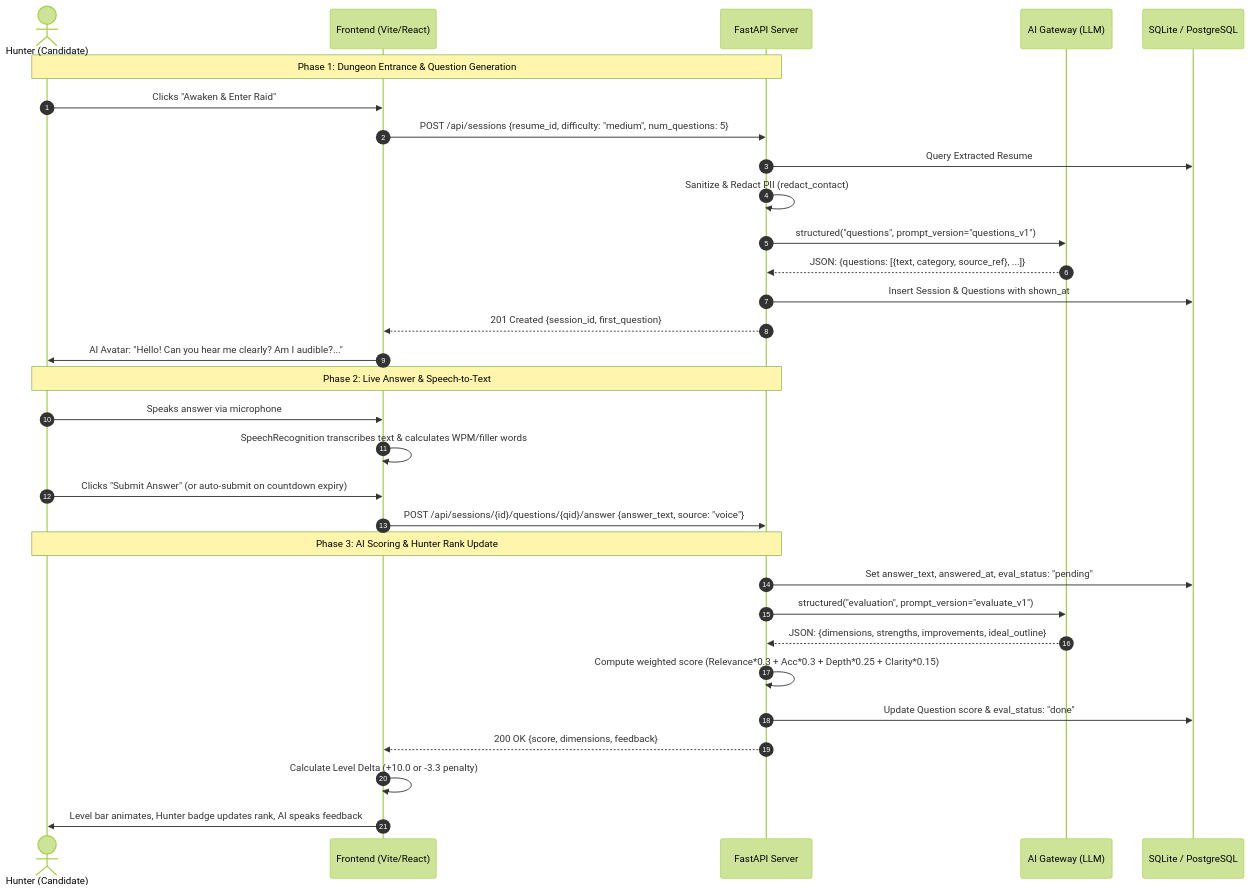
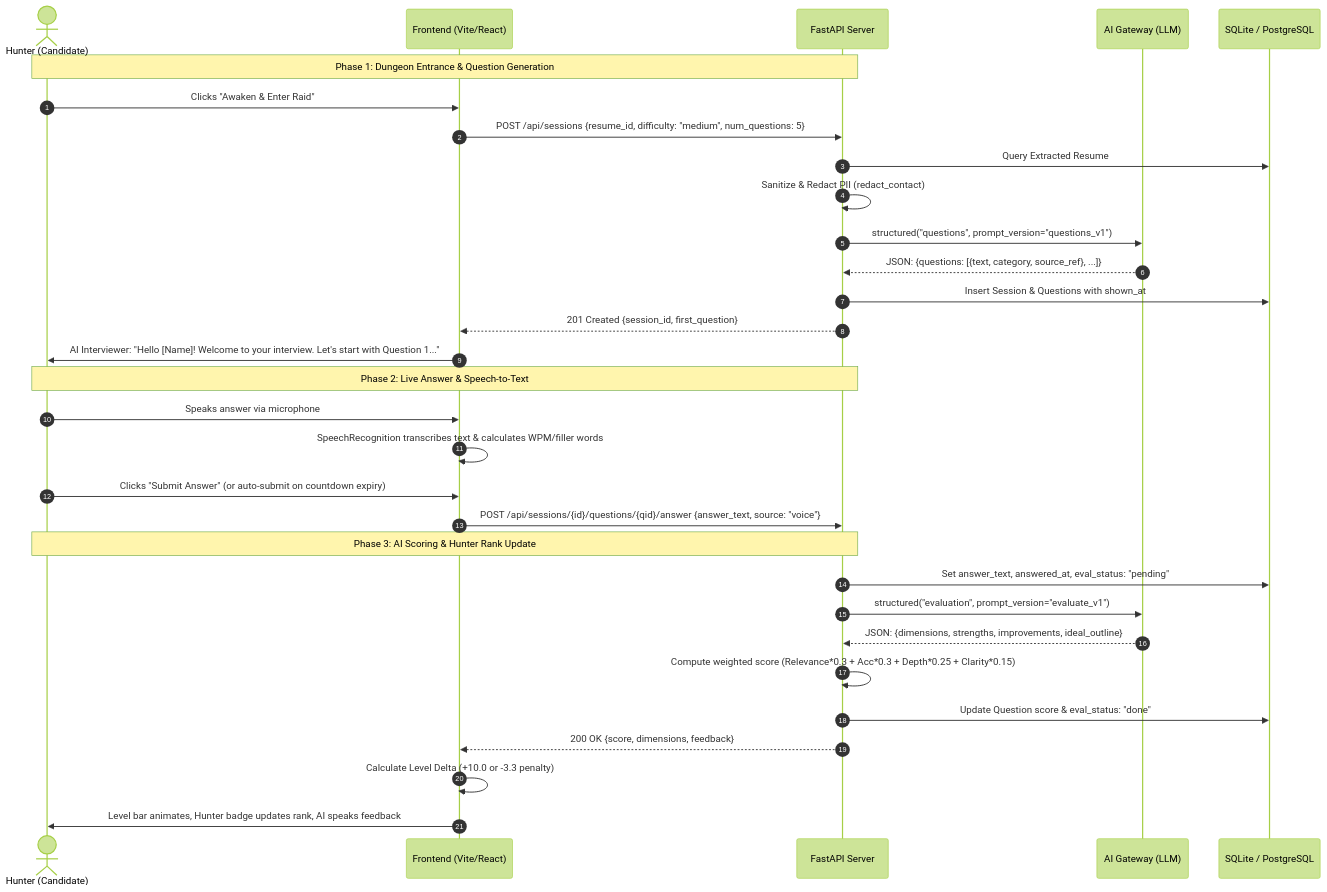
One commit to Aniket27-web/Skill_leveling changed the third of 3 diagrams in docs/data-flow.md. Above: the diagram before and after it, drawn with Mermaid (forest theme). The commit also changed 8 other files, not shown here.

Commit message:
fix: sequence interviewer greeting before question 1 and remove audible checks

````diff
--- a/docs/data-flow.md
+++ b/docs/data-flow.md
@@ -123,36 +123,36 @@
 ```mermaid
 sequenceDiagram
     autonumber
     actor Candidate as Hunter (Candidate)
     participant Client as Frontend (Vite/React)
     participant Server as FastAPI Server
     participant AI as AI Gateway (LLM)
     participant DB as SQLite / PostgreSQL
 
     Note over Candidate,Server: Phase 1: Dungeon Entrance & Question Generation
     Candidate->>Client: Clicks "Awaken & Enter Raid"
     Client->>Server: POST /api/sessions {resume_id, difficulty: "medium", num_questions: 5}
     Server->>DB: Query Extracted Resume
     Server->>Server: Sanitize & Redact PII (redact_contact)
     Server->>AI: structured("questions", prompt_version="questions_v1")
     AI-->>Server: JSON: {questions: [{text, category, source_ref}, ...]}
     Server->>DB: Insert Session & Questions with shown_at
     Server-->>Client: 201 Created {session_id, first_question}
-    Client->>Candidate: AI Avatar: "Hello! Can you hear me clearly? Am I audible?..."
+    Client->>Candidate: AI Interviewer: "Hello [Name]! Welcome to your interview. Let's start with Question 1..."
 
     Note over Candidate,Server: Phase 2: Live Answer & Speech-to-Text
     Candidate->>Client: Speaks answer via microphone
     Client->>Client: SpeechRecognition transcribes text & calculates WPM/filler words
     Candidate->>Client: Clicks "Submit Answer" (or auto-submit on countdown expiry)
     Client->>Server: POST /api/sessions/{id}/questions/{qid}/answer {answer_text, source: "voice"}
 
     Note over Candidate,Server: Phase 3: AI Scoring & Hunter Rank Update
     Server->>DB: Set answer_text, answered_at, eval_status: "pending"
     Server->>AI: structured("evaluation", prompt_version="evaluate_v1")
     AI-->>Server: JSON: {dimensions, strengths, improvements, ideal_outline}
     Server->>Server: Compute weighted score (Relevance*0.3 + Acc*0.3 + Depth*0.25 + Clarity*0.15)
     Server->>DB: Update Question score & eval_status: "done"
     Server-->>Client: 200 OK {score, dimensions, feedback}
     Client->>Client: Calculate Level Delta (+10.0 or -3.3 penalty)
     Client->>Candidate: Level bar animates, Hunter badge updates rank, AI speaks feedback
 ```
````
